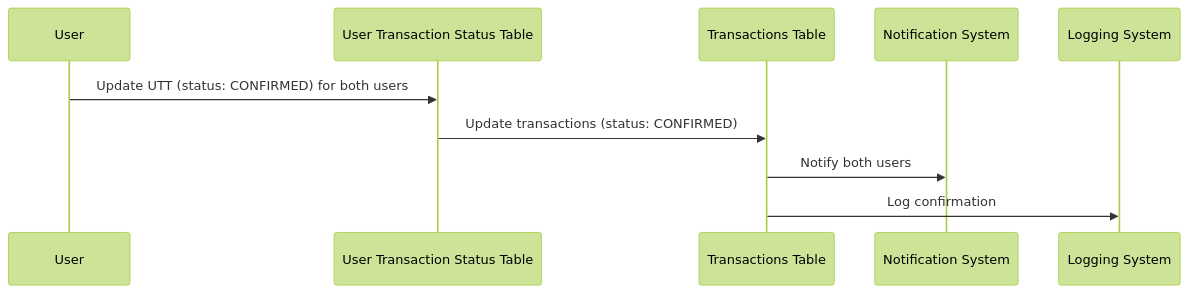
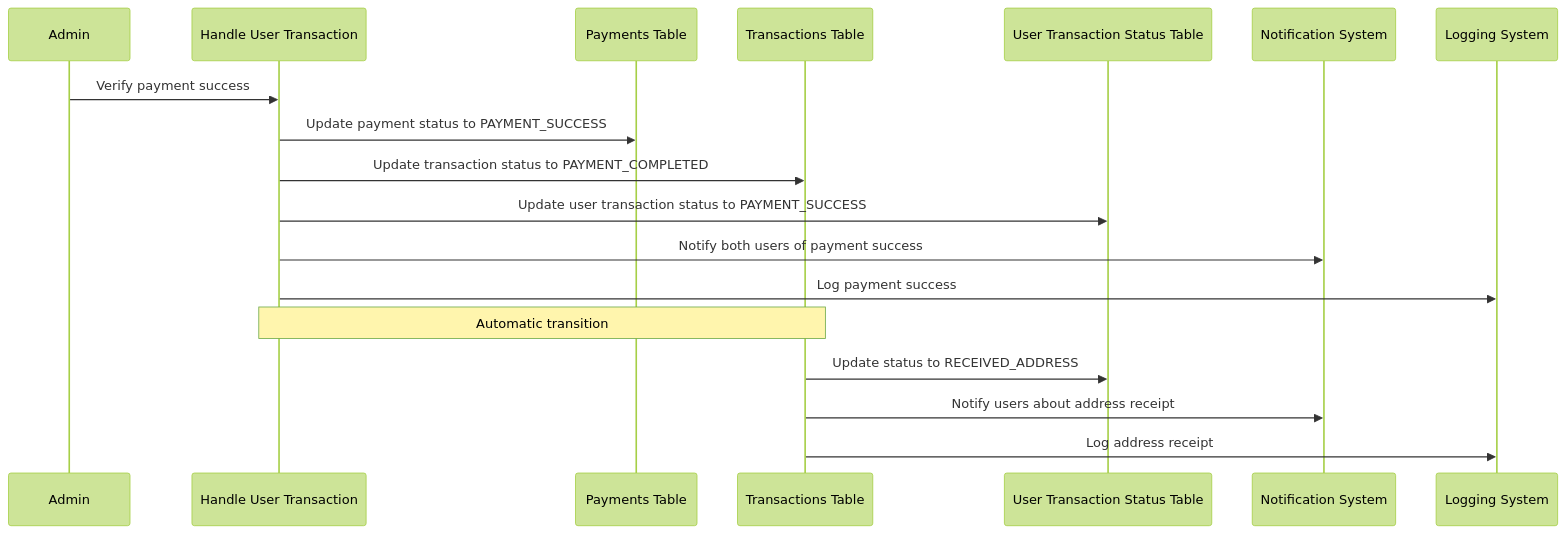
Before and after one commit to Loknong/book-exchange: the fifth of 11 diagrams in documents/Exchange.flow.md, drawn with Mermaid (forest theme). The commit also changed other lines of this file, not shown here.

````diff
--- a/documents/Exchange.flow.md
+++ b/documents/Exchange.flow.md
@@ -188,13 +181,22 @@
 ```mermaid
 sequenceDiagram
-    participant User
+    participant Admin
+    participant HandleUserTransaction as Handle User Transaction
+    participant PaymentsTable as Payments Table
+    participant TransactionsTable as Transactions Table
     participant UserTransactionStatusTable as User Transaction Status Table
-    participant TransactionsTable as Transactions Table
     participant NotificationSystem as Notification System
     participant LoggingSystem as Logging System
 
-    User->>UserTransactionStatusTable: Update UTT (status: CONFIRMED) for both users
-    UserTransactionStatusTable->>TransactionsTable: Update transactions (status: CONFIRMED)
-    TransactionsTable->>NotificationSystem: Notify both users
-    TransactionsTable->>LoggingSystem: Log confirmation
+    Admin->>HandleUserTransaction: Verify payment success
+    HandleUserTransaction->>PaymentsTable: Update payment status to PAYMENT_SUCCESS
+    HandleUserTransaction->>TransactionsTable: Update transaction status to PAYMENT_COMPLETED
+    HandleUserTransaction->>UserTransactionStatusTable: Update user transaction status to PAYMENT_SUCCESS
+    HandleUserTransaction->>NotificationSystem: Notify both users of payment success
+    HandleUserTransaction->>LoggingSystem: Log payment success
+
+    note over HandleUserTransaction, TransactionsTable: Automatic transition
+    TransactionsTable->>UserTransactionStatusTable: Update status to RECEIVED_ADDRESS
+    TransactionsTable->>NotificationSystem: Notify users about address receipt
+    TransactionsTable->>LoggingSystem: Log address receipt
 ```
````
